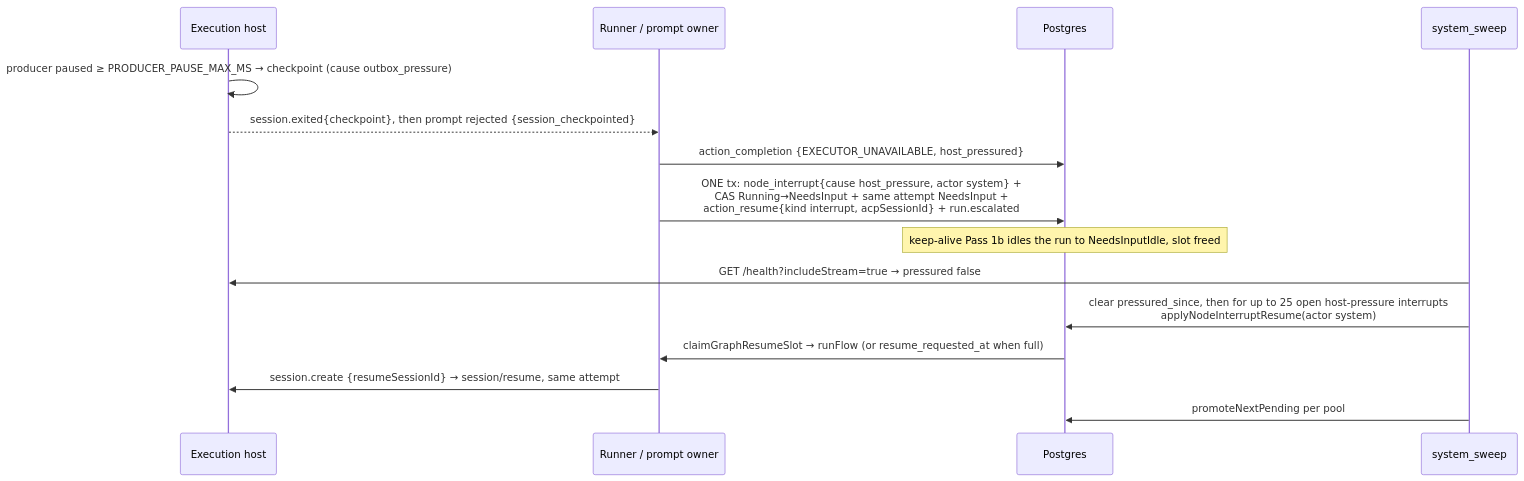
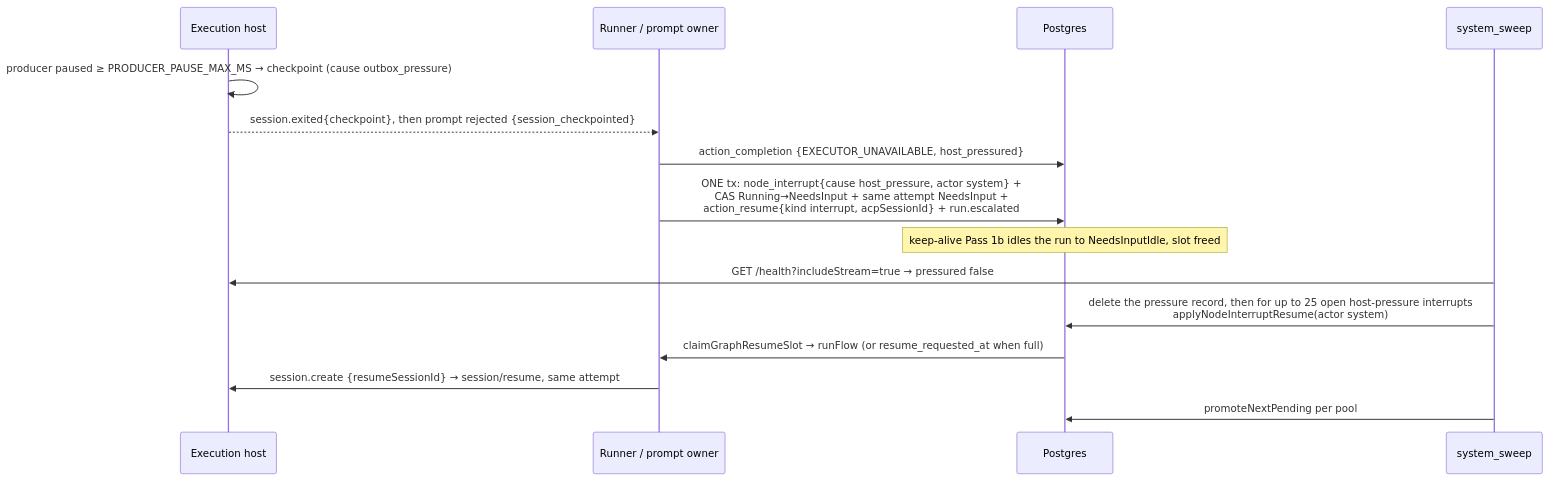
The sixth of 6 diagrams in docs/system-analytics/run-continuation.md (maister-dev/maister), drawn with Mermaid before and after one commit. The commit also changed 19 other files, not shown here.

Commit message:
fix(execution-host): host pressure record in its own table — the staged upgrade runs the current registrar on the additive schema

````diff
--- a/docs/system-analytics/run-continuation.md
+++ b/docs/system-analytics/run-continuation.md
@@ -176,17 +176,17 @@
 ```mermaid
 sequenceDiagram
     participant H as Execution host
     participant R as Runner / prompt owner
     participant D as Postgres
     participant S as system_sweep
     H->>H: producer paused ≥ PRODUCER_PAUSE_MAX_MS → checkpoint (cause outbox_pressure)
     H-->>R: session.exited{checkpoint}, then prompt rejected {session_checkpointed}
     R->>D: action_completion {EXECUTOR_UNAVAILABLE, host_pressured}
     R->>D: ONE tx: node_interrupt{cause host_pressure, actor system} +<br/>CAS Running→NeedsInput + same attempt NeedsInput +<br/>action_resume{kind interrupt, acpSessionId} + run.escalated
     Note over D: keep-alive Pass 1b idles the run to NeedsInputIdle, slot freed
     S->>H: GET /health?includeStream=true → pressured false
-    S->>D: clear pressured_since, then for up to 25 open host-pressure interrupts<br/>applyNodeInterruptResume(actor system)
+    S->>D: delete the pressure record, then for up to 25 open host-pressure interrupts<br/>applyNodeInterruptResume(actor system)
     D->>R: claimGraphResumeSlot → runFlow (or resume_requested_at when full)
     R->>H: session.create {resumeSessionId} → session/resume, same attempt
     S->>D: promoteNextPending per pool
 ```
````
